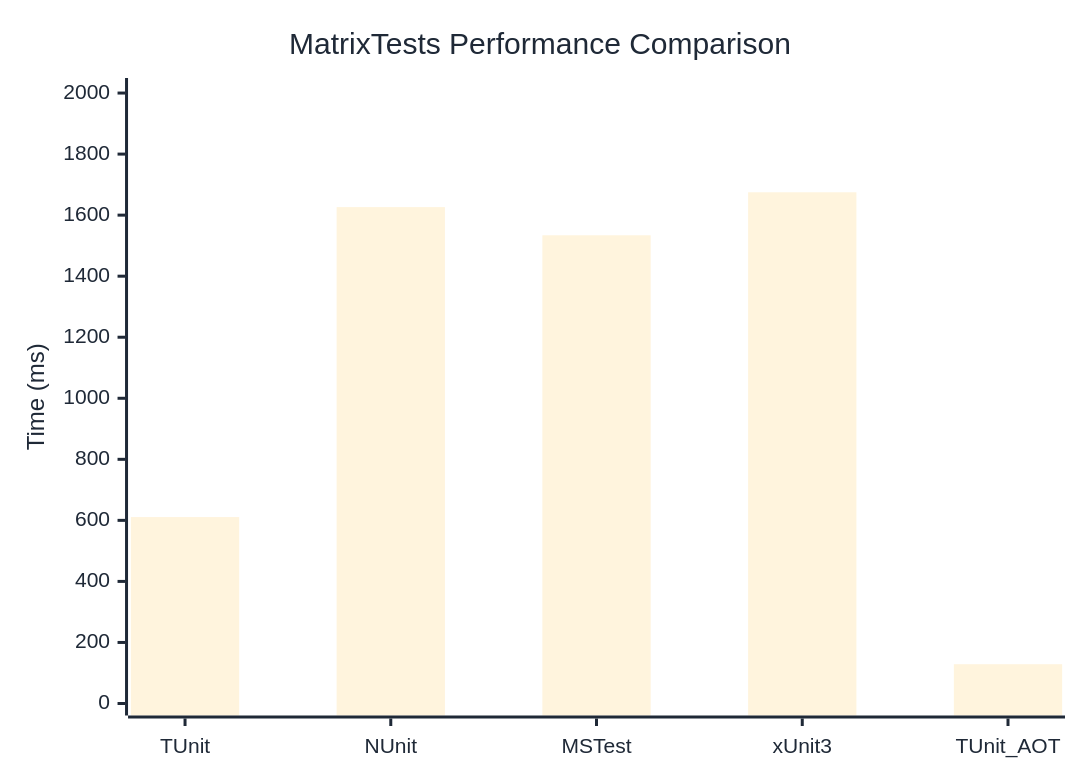
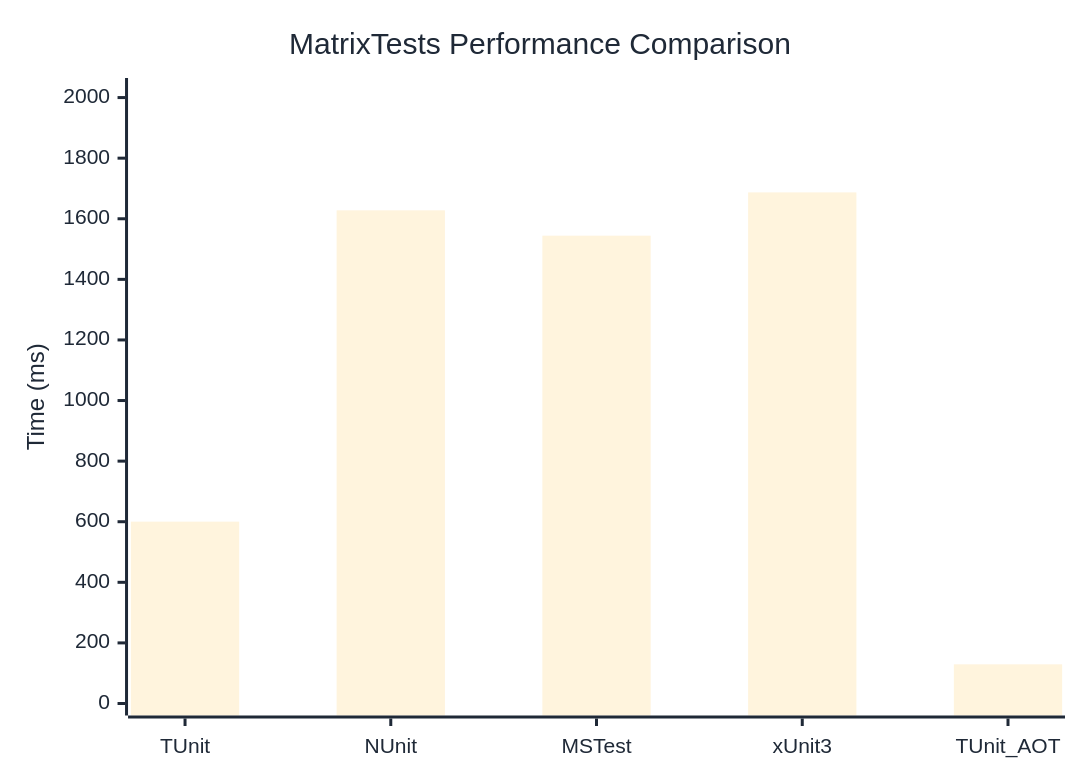
One commit to thomhurst/TUnit changed the diagram in docs/docs/benchmarks/MatrixTests.md. Above: the diagram before and after it, drawn with Mermaid. The commit also changed other lines of this file and 17 other files, not shown here.

````diff
--- a/docs/docs/benchmarks/MatrixTests.md
+++ b/docs/docs/benchmarks/MatrixTests.md
@@ -27,37 +27,37 @@
 ```mermaid
 %%{init: {
   'theme':'base',
   'themeVariables': {
     'primaryColor': '#2563eb',
     'primaryTextColor': '#1f2937',
     'primaryBorderColor': '#1e40af',
     'lineColor': '#6b7280',
     'secondaryColor': '#7c3aed',
     'tertiaryColor': '#dc2626',
     'background': '#ffffff',
     'mainBkg': '#2563eb',
     'secondBkg': '#7c3aed',
     'tertiaryBkg': '#dc2626',
     'clusterBkg': '#f3f4f6',
     'edgeLabelBackground': '#ffffff',
     'tertiaryTextColor': '#1f2937',
     'pie1': '#2563eb',
     'pie2': '#7c3aed',
     'pie3': '#dc2626',
     'pie4': '#f59e0b',
     'pie5': '#10b981',
     'pie6': '#06b6d4',
     'pie7': '#ec4899',
     'pie8': '#6366f1',
     'pie9': '#84cc16',
     'pie10': '#f97316',
     'pie11': '#14b8a6',
     'pie12': '#a855f7'
   }
 }}%%
 xychart-beta
   title "MatrixTests Performance Comparison"
   x-axis ["TUnit", "NUnit", "MSTest", "xUnit3", "TUnit_AOT"]
-  y-axis "Time (ms)" 0 --> 2010
-  bar [610.8, 1626.3, 1534, 1674.9, 128.7]
+  y-axis "Time (ms)" 0 --> 2025
+  bar [600.2, 1627.8, 1544.2, 1687, 129.3]
 ```
````
